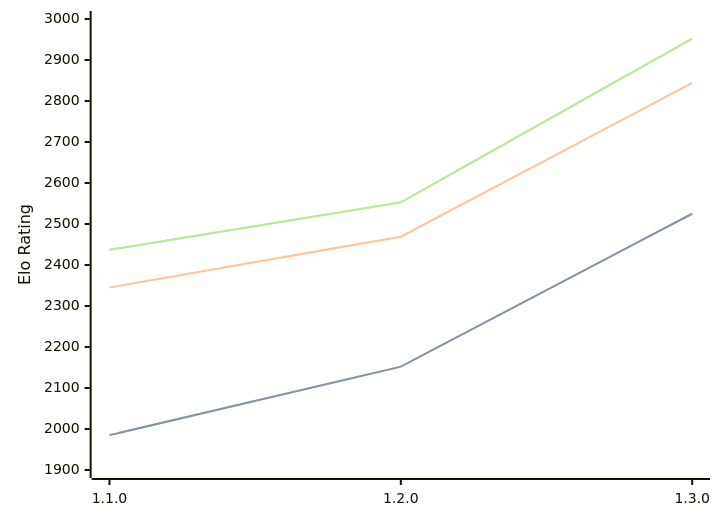
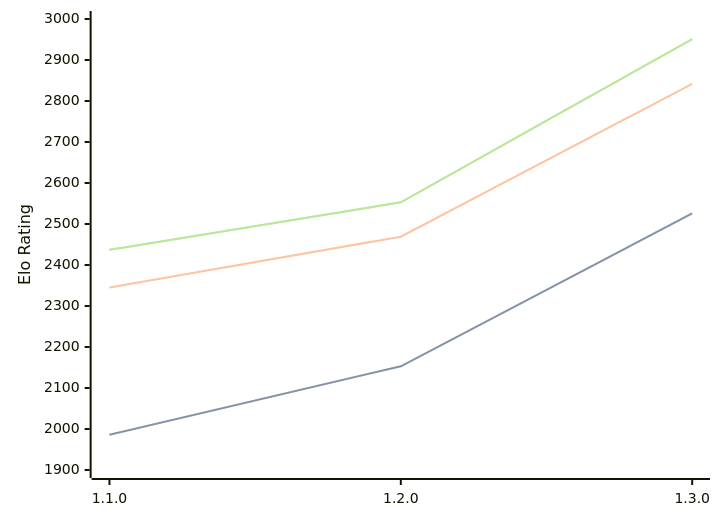
One commit to computer-chess-index/cci changed the diagram in engines/Gyatso.md. Above: the diagram before and after it, drawn with Mermaid. The commit also changed other lines of this file, not shown here.

Commit message:
Update CCI Ratings (ELO VLTC) - 2026-04-09

````diff
--- a/engines/Gyatso.md
+++ b/engines/Gyatso.md
@@ -34,11 +34,11 @@
 ```mermaid
 %%{init: {"theme":"base","themeVariables":{"seriesColors:['#a3a3a3','#222221','#faa371']}}}%%
 xychart-beta
   x-axis ["1.1.0", "1.2.0", "1.3.0"]
   y-axis "Elo Rating" 1900 --> 3000
-  line "STC (8.0+0.08s)" [1985, 2152, 2525]
-  line "STC (8.0+0.08s)" [1985, 2152, 2525]
-  line "LTC (60.0+0.60s)" [2345, 2469, 2844]
-  line "VLTC (2m24s+1.12s)" [2437, 2553, 2952]
-  line "VLTC (2m24s+1.12s)" [2437, 2553, 2952]
+  line "STC (8.0+0.08s)" [1986, 2153, 2526]
+  line "STC (8.0+0.08s)" [1986, 2153, 2526]
+  line "LTC (60.0+0.60s)" [2345, 2469, 2842]
+  line "VLTC (2m24s+1.12s)" [2437, 2553, 2951]
+  line "VLTC (2m24s+1.12s)" [2437, 2553, 2951]
 ```
````
